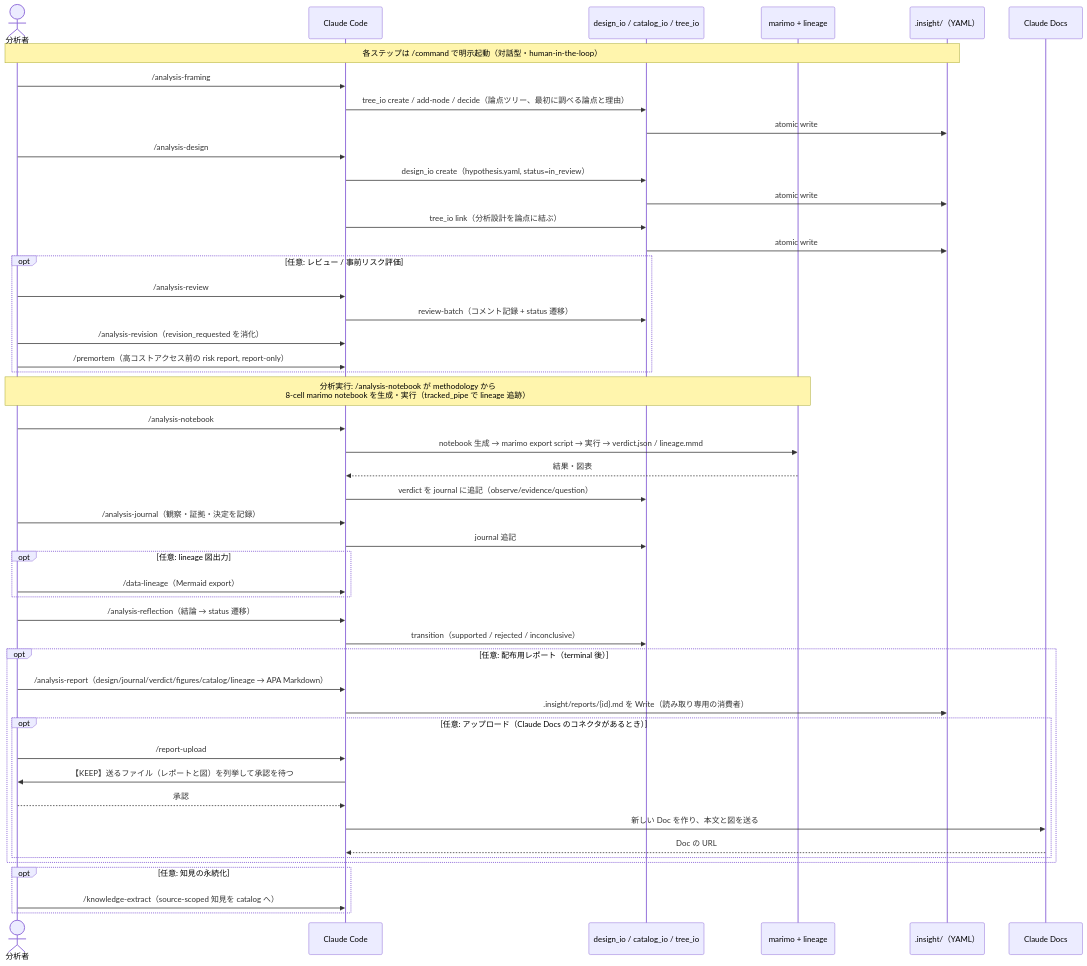
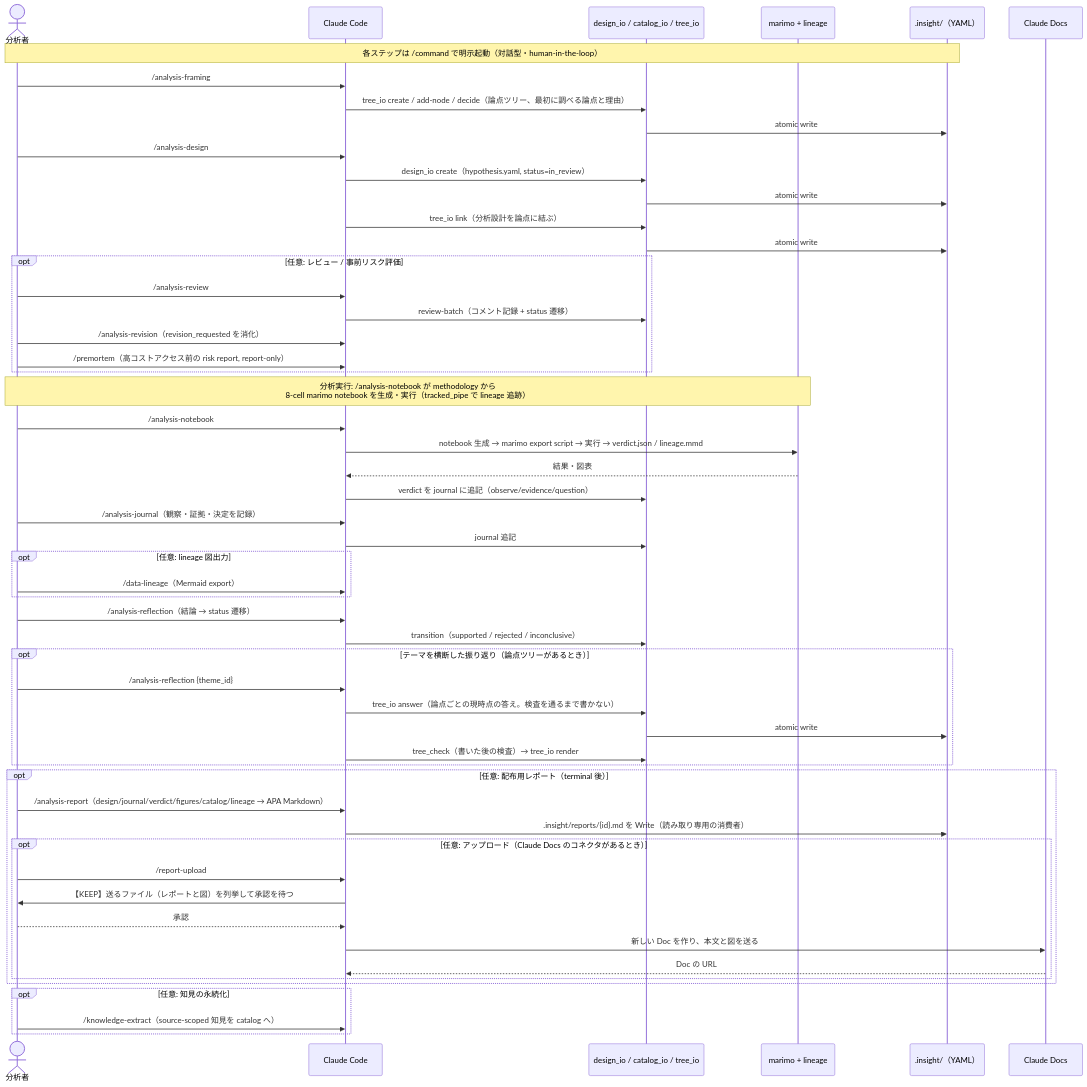
The fourth of 6 diagrams in docs/ARCHITECTURE.md (etoyama/insight-blueprint-skills), drawn with Mermaid before and after one commit. The commit also changed other lines of this file and 5 other files, not shown here.

First line of the commit message:
docs(epic-18): Story 18.4 の決定、Test Design Matrix、Story Timeline、ARCHITECTURE と用語を更新する（#122）

````diff
--- a/docs/ARCHITECTURE.md
+++ b/docs/ARCHITECTURE.md
@@ -254,54 +255,60 @@
 ```mermaid
 sequenceDiagram
     actor U as 分析者
     participant CC as Claude Code
     participant IO as design_io / catalog_io / tree_io
     participant MO as marimo + lineage
     participant FS as .insight/（YAML）
     participant DC as Claude Docs
 
     Note over U,FS: 各ステップは /command で明示起動（対話型・human-in-the-loop）
     U->>CC: /analysis-framing
     CC->>IO: tree_io create / add-node / decide（論点ツリー、最初に調べる論点と理由）
     IO->>FS: atomic write
     U->>CC: /analysis-design
     CC->>IO: design_io create（hypothesis.yaml, status=in_review）
     IO->>FS: atomic write
     CC->>IO: tree_io link（分析設計を論点に結ぶ）
     IO->>FS: atomic write
 
     opt 任意: レビュー / 事前リスク評価
         U->>CC: /analysis-review
         CC->>IO: review-batch（コメント記録 + status 遷移）
         U->>CC: /analysis-revision（revision_requested を消化）
         U->>CC: /premortem（高コストアクセス前の risk report, report-only）
     end
 
     Note over U,MO: 分析実行: /analysis-notebook が methodology から<br/>8-cell marimo notebook を生成・実行（tracked_pipe で lineage 追跡）
     U->>CC: /analysis-notebook
     CC->>MO: notebook 生成 → marimo export script → 実行 → verdict.json / lineage.mmd
     MO-->>CC: 結果・図表
     CC->>IO: verdict を journal に追記（observe/evidence/question）
 
     U->>CC: /analysis-journal（観察・証拠・決定を記録）
     CC->>IO: journal 追記
     opt 任意: lineage 図出力
         U->>CC: /data-lineage（Mermaid export）
     end
     U->>CC: /analysis-reflection（結論 → status 遷移）
     CC->>IO: transition（supported / rejected / inconclusive）
+    opt テーマを横断した振り返り（論点ツリーがあるとき）
+        U->>CC: /analysis-reflection {theme_id}
+        CC->>IO: tree_io answer（論点ごとの現時点の答え。検査を通るまで書かない）
+        IO->>FS: atomic write
+        CC->>IO: tree_check（書いた後の検査）→ tree_io render
+    end
     opt 任意: 配布用レポート（terminal 後）
         U->>CC: /analysis-report（design/journal/verdict/figures/catalog/lineage → APA Markdown）
         CC->>FS: .insight/reports/{id}.md を Write（読み取り専用の消費者）
         opt 任意: アップロード（Claude Docs のコネクタがあるとき）
             U->>CC: /report-upload
             CC->>U: 【KEEP】送るファイル（レポートと図）を列挙して承認を待つ
             U-->>CC: 承認
             CC->>DC: 新しい Doc を作り、本文と図を送る
             DC-->>CC: Doc の URL
         end
     end
     opt 任意: 知見の永続化
         U->>CC: /knowledge-extract（source-scoped 知見を catalog へ）
     end
 ```
````
